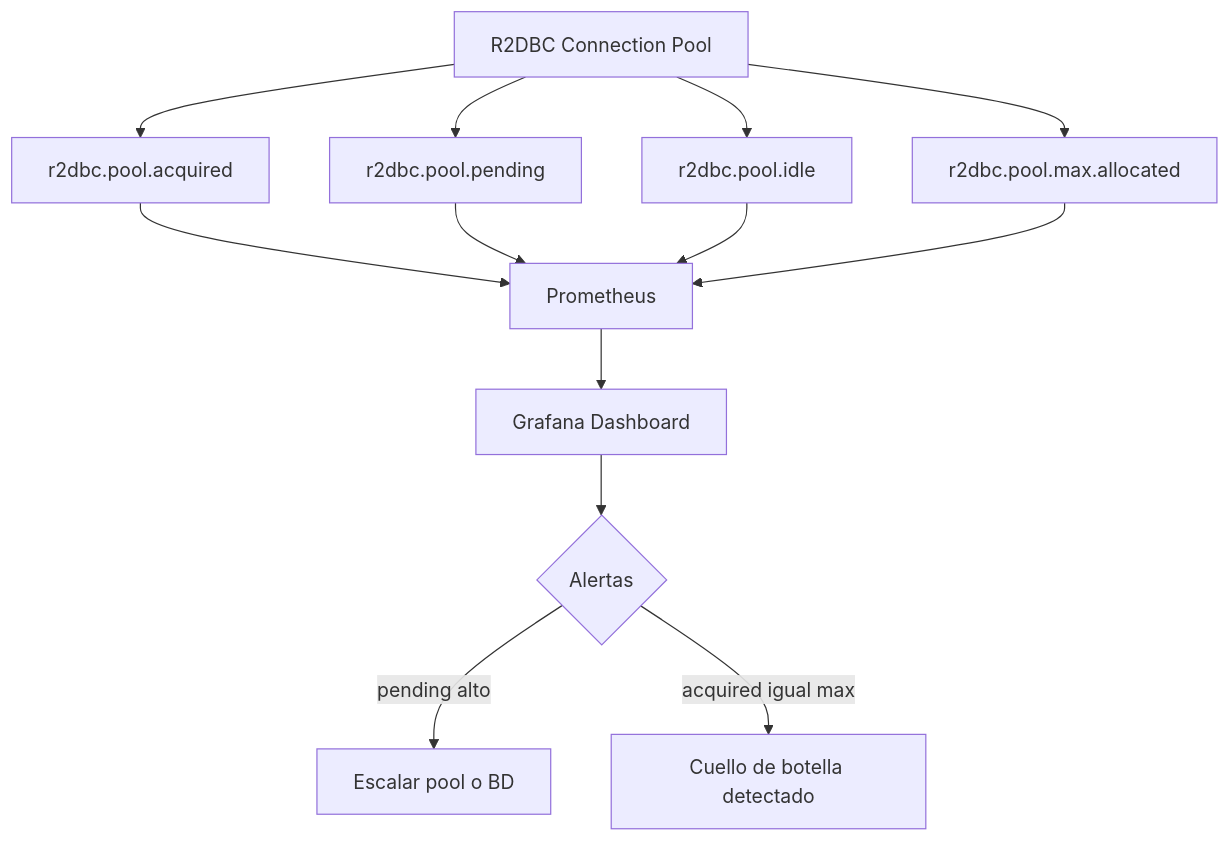
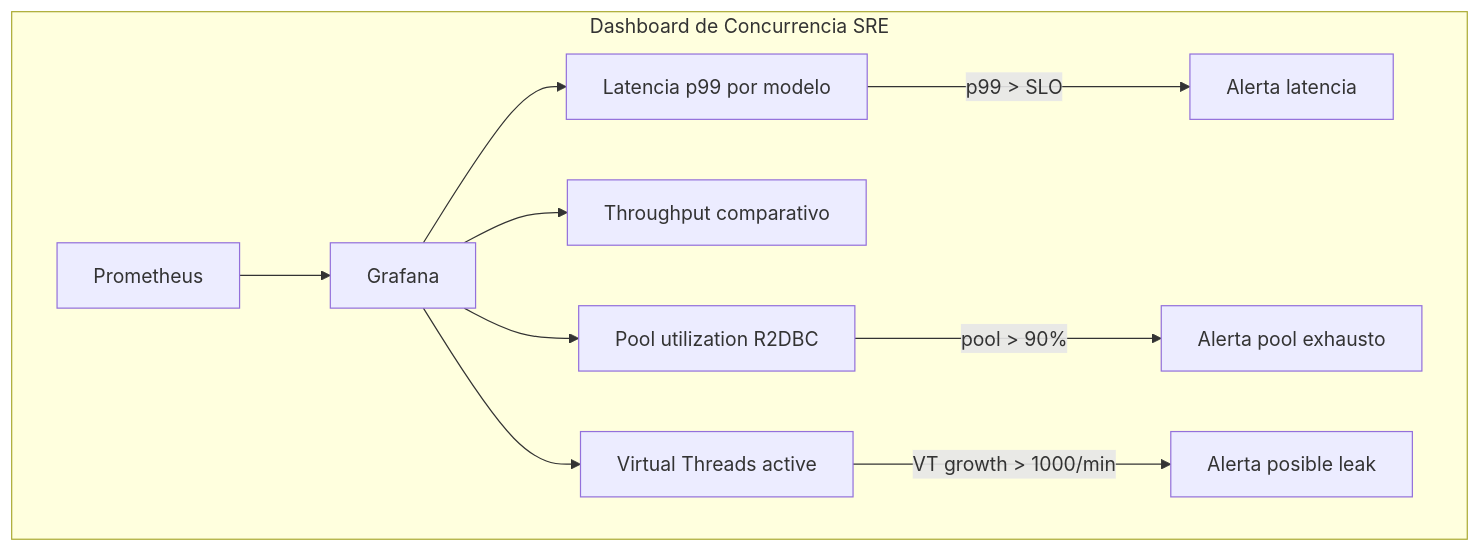
The third of 4 diagrams in 03_Spring_Ecosystem/spring_boot_34_r2dbc_virtual_threads_STAFF.md (Joaquinriosheredia/DAM-Java-Mastery), drawn with Mermaid before and after one commit. The commit also changed other lines of this file, not shown here.

Commit message:
spring_boot_34_r2dbc_virtual_threads_STAFF.md

````diff
--- a/03_Spring_Ecosystem/spring_boot_34_r2dbc_virtual_threads_STAFF.md
+++ b/03_Spring_Ecosystem/spring_boot_34_r2dbc_virtual_threads_STAFF.md
@@ -215,15 +535,14 @@
 ```mermaid
 graph TD
-    A[R2DBC Connection Pool] --> B[r2dbc.pool.acquired]
-    A --> C[r2dbc.pool.pending]
-    A --> D[r2dbc.pool.idle]
-    A --> E[r2dbc.pool.max.allocated]
-    B --> F[Prometheus]
-    C --> F
-    D --> F
-    E --> F
-    F --> G[Grafana Dashboard]
-    G --> H{Alertas}
-    H -->|pending alto| I[Escalar pool o BD]
-    H -->|acquired igual max| J[Cuello de botella detectado]
+    subgraph "Dashboard de Concurrencia SRE"
+        PROM[Prometheus] --> GRAF[Grafana]
+        GRAF --> P1[Latencia p99 por modelo]
+        GRAF --> P2[Throughput comparativo]
+        GRAF --> P3[Pool utilization R2DBC]
+        GRAF --> P4[Virtual Threads active]
+        
+        P1 -->|p99 > SLO| ALERT1[Alerta latencia]
+        P3 -->|pool > 90%| ALERT2[Alerta pool exhausto]
+        P4 -->|VT growth > 1000/min| ALERT3[Alerta posible leak]
+    end
 ```
````
